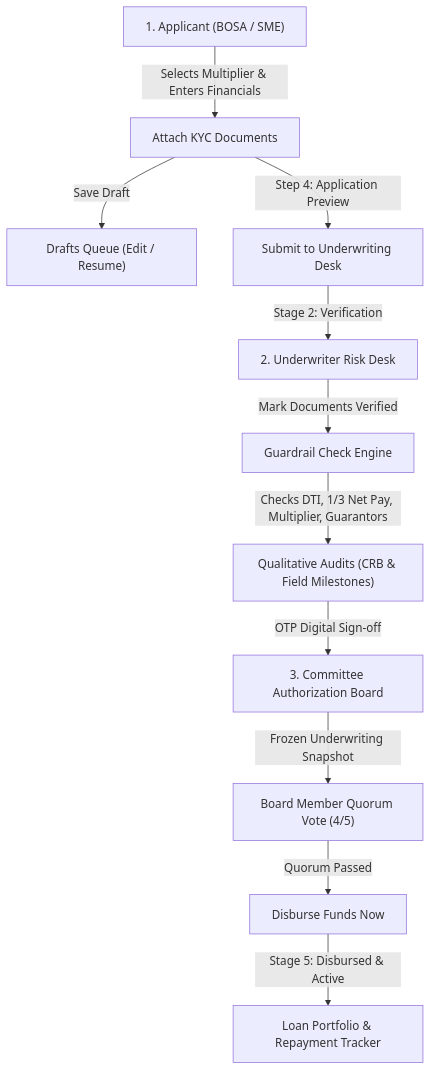
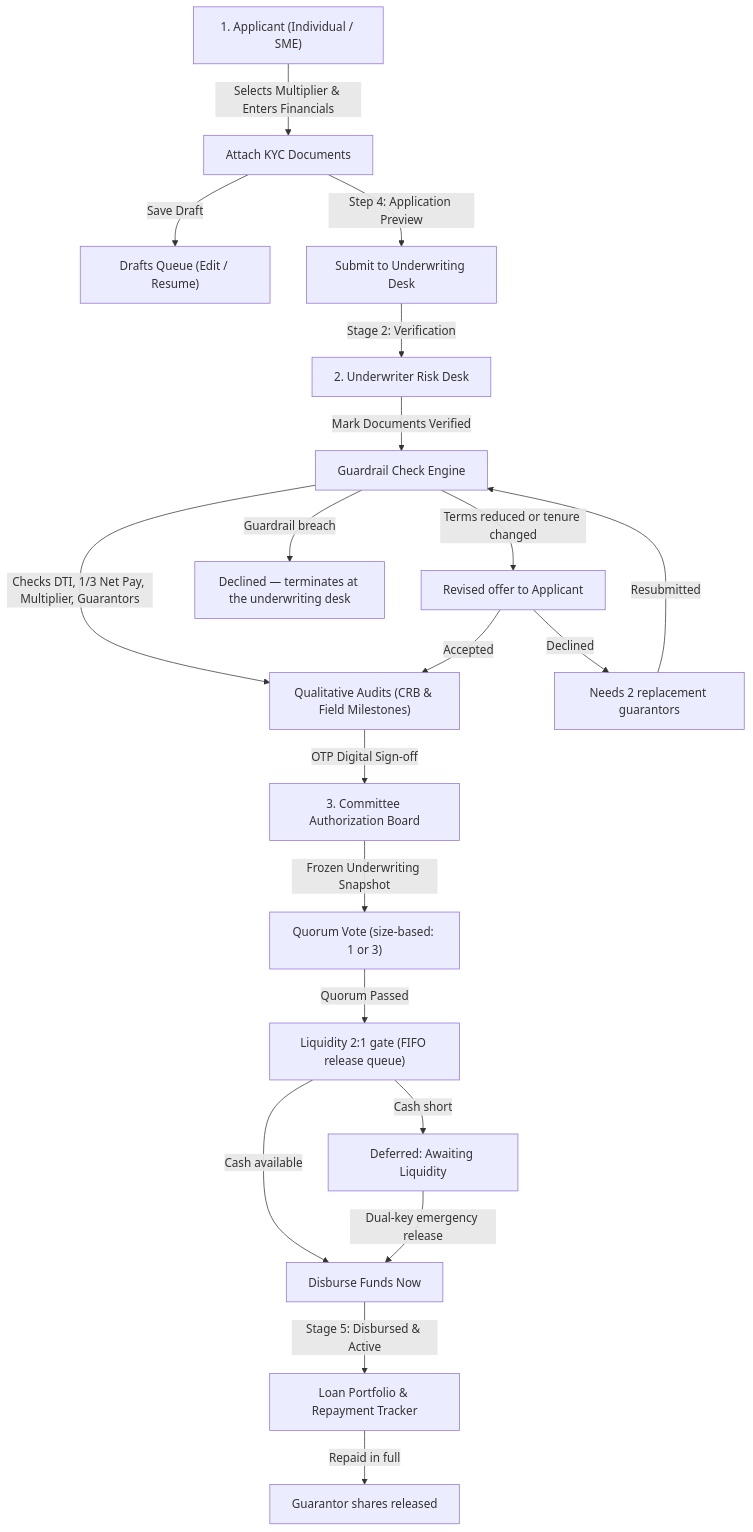
One commit to Amke0501/Talanton-Trust-Engine-Benis changed the diagram in PROJECT_DOCUMENTATION.md. Above: the diagram before and after it, drawn with Mermaid. The commit also changed other lines of this file and 46 other files, not shown here.

````diff
--- a/PROJECT_DOCUMENTATION.md
+++ b/PROJECT_DOCUMENTATION.md
@@ -26,13 +32,22 @@
 ```mermaid
 graph TD
-    A["1. Applicant (BOSA / SME)"] -->|"Selects Multiplier & Enters Financials"| B["Attach KYC Documents"]
+    A["1. Applicant (Individual / SME)"] -->|"Selects Multiplier & Enters Financials"| B["Attach KYC Documents"]
     B -->|"Save Draft"| D["Drafts Queue (Edit / Resume)"]
     B -->|"Step 4: Application Preview"| C["Submit to Underwriting Desk"]
     C -->|"Stage 2: Verification"| E["2. Underwriter Risk Desk"]
     E -->|"Mark Documents Verified"| F["Guardrail Check Engine"]
     F -->|"Checks DTI, 1/3 Net Pay, Multiplier, Guarantors"| G["Qualitative Audits (CRB & Field Milestones)"]
+    F -->|"Terms reduced or tenure changed"| R["Revised offer to Applicant"]
+    R -->|"Accepted"| G
+    R -->|"Declined"| S["Needs 2 replacement guarantors"]
+    S -->|"Resubmitted"| F
+    F -->|"Guardrail breach"| T["Declined — terminates at the underwriting desk"]
     G -->|"OTP Digital Sign-off"| H["3. Committee Authorization Board"]
-    H -->|"Frozen Underwriting Snapshot"| I["Board Member Quorum Vote (4/5)"]
-    I -->|"Quorum Passed"| J["Disburse Funds Now"]
+    H -->|"Frozen Underwriting Snapshot"| I["Quorum Vote (size-based: 1 or 3)"]
+    I -->|"Quorum Passed"| L["Liquidity 2:1 gate (FIFO release queue)"]
+    L -->|"Cash available"| J["Disburse Funds Now"]
+    L -->|"Cash short"| M["Deferred: Awaiting Liquidity"]
+    M -->|"Dual-key emergency release"| J
     J -->|"Stage 5: Disbursed & Active"| K["Loan Portfolio & Repayment Tracker"]
+    K -->|"Repaid in full"| N["Guarantor shares released"]
 ```
````
